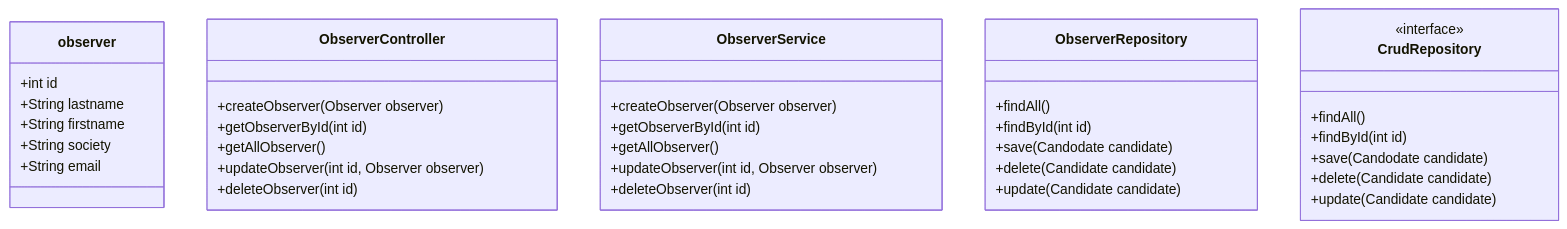
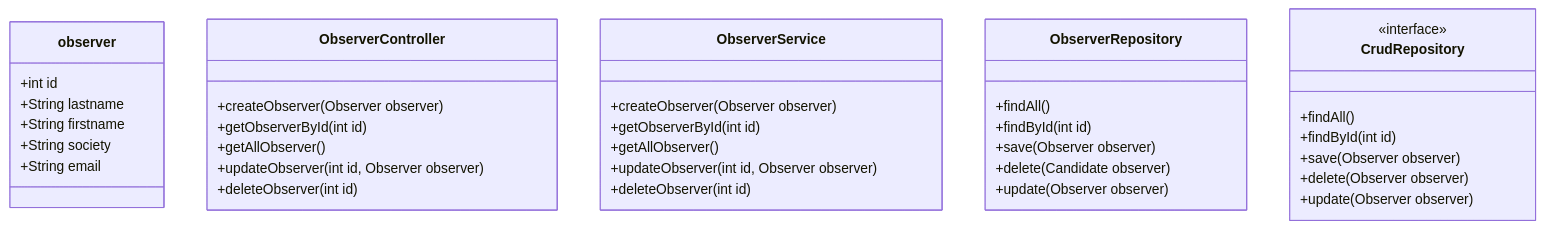
The second of 4 diagrams in doc/diagram.md (MarcBoillot/DEVLOG24_Piscine_java), drawn with Mermaid before and after one commit. The commit also changed other lines of this file, not shown here.

Commit message:
UML diagram for Category entities #37

````diff
--- a/doc/diagram.md
+++ b/doc/diagram.md
@@ -42,39 +42,39 @@
 ```mermaid
 classDiagram
     class observer
     observer : +int id
     observer : +String lastname
     observer : +String firstname
     observer : +String society
     observer : +String email
     
     class ObserverController
     ObserverController: +createObserver(Observer observer)
     ObserverController: +getObserverById(int id)
     ObserverController: +getAllObserver()
     ObserverController: +updateObserver(int id, Observer observer)
     ObserverController: +deleteObserver(int id)
     
     class ObserverService
     ObserverService: +createObserver(Observer observer)
     ObserverService: +getObserverById(int id)
     ObserverService: +getAllObserver()
     ObserverService: +updateObserver(int id, Observer observer)
     ObserverService: +deleteObserver(int id)
 
     class ObserverRepository
     ObserverRepository : +findAll()
     ObserverRepository: +findById(int id)
-    ObserverRepository: +save(Candodate candidate)
-    ObserverRepository: +delete(Candidate candidate)
-    ObserverRepository: +update(Candidate candidate)
+    ObserverRepository: +save(Observer observer)
+    ObserverRepository: +delete(Candidate observer)
+    ObserverRepository: +update(Observer observer)
 
     class CrudRepository
     <<interface>> CrudRepository
     CrudRepository : +findAll()
     CrudRepository: +findById(int id)
-    CrudRepository: +save(Candodate candidate)
-    CrudRepository: +delete(Candidate candidate)
-    CrudRepository: +update(Candidate candidate)
+    CrudRepository: +save(Observer observer)
+    CrudRepository: +delete(Observer observer)
+    CrudRepository: +update(Observer observer)
 
 ```
````
